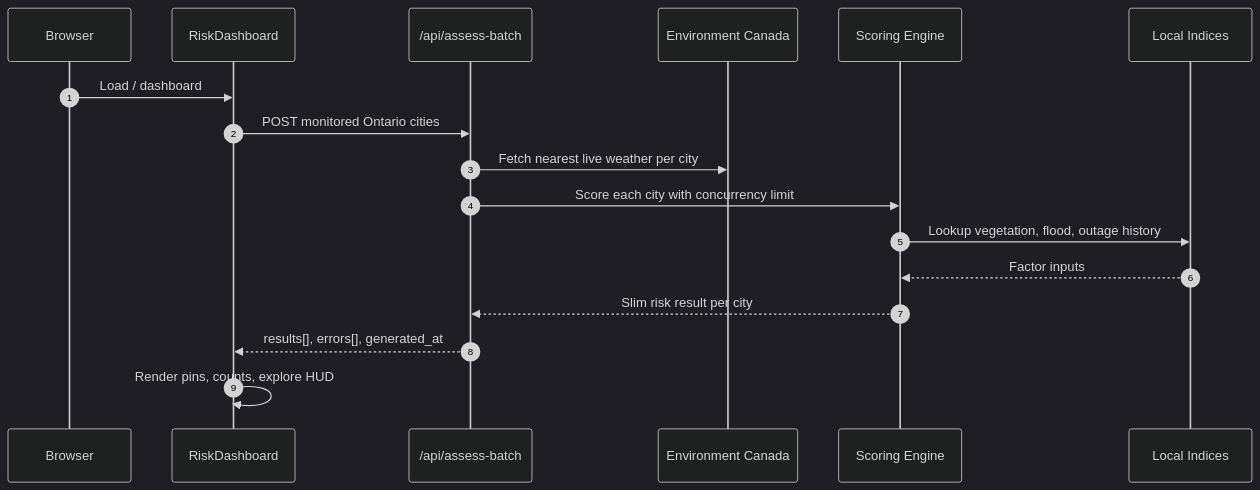
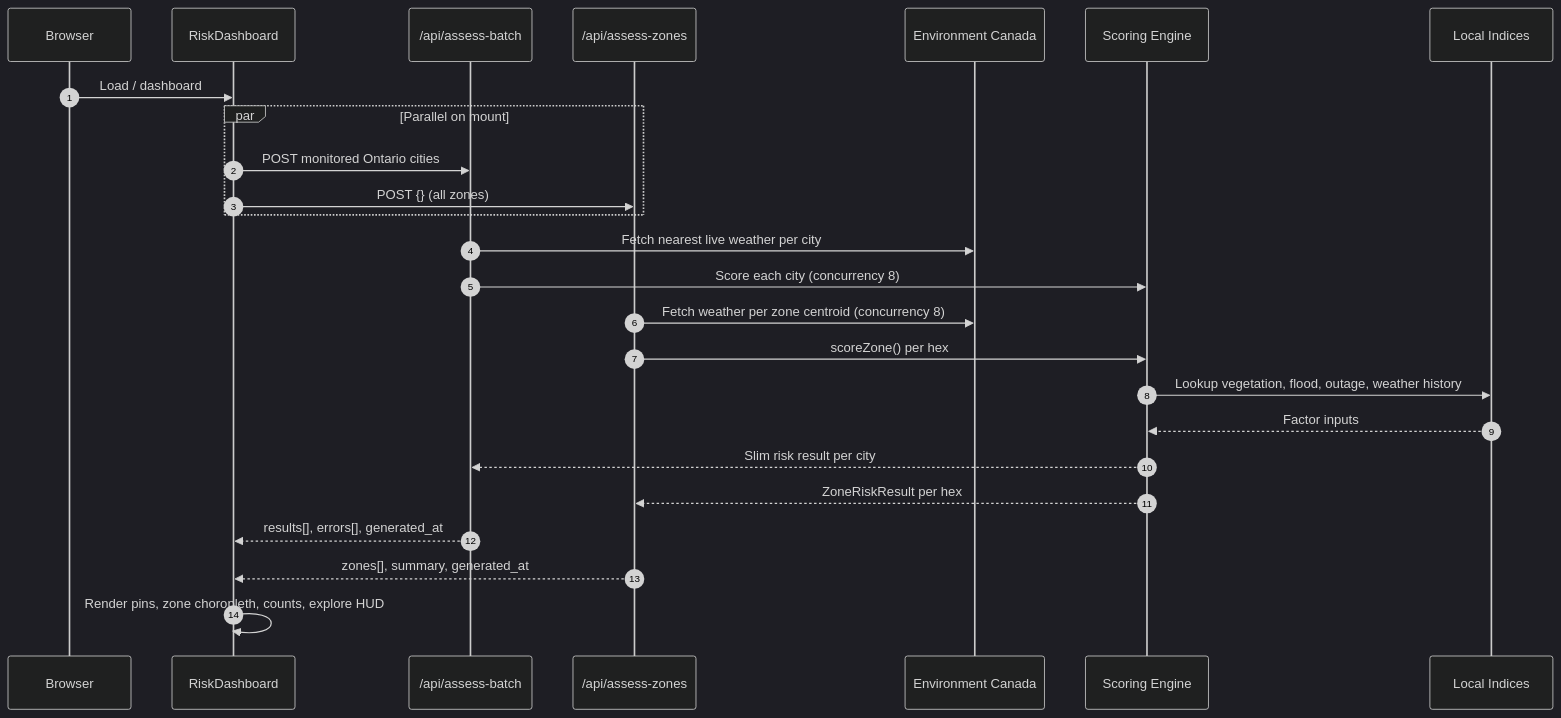
One commit to bmar1/voltex changed the second of 9 diagrams in docs/01-system-design.md. Above: the diagram before and after it, drawn with Mermaid (dark theme). The commit also changed other lines of this file and 3 other files, not shown here.

First line of the commit message:
Rebrand docs to Voltex and fix mermaid diagrams

````diff
--- a/docs/01-system-design.md
+++ b/docs/01-system-design.md
@@ -129,20 +129,28 @@
 ```mermaid
 sequenceDiagram
   autonumber
   participant B as Browser
   participant D as RiskDashboard
-  participant API as /api/assess-batch
+  participant Batch as /api/assess-batch
+  participant Zones as /api/assess-zones
   participant W as Environment Canada
   participant S as Scoring Engine
   participant L as Local Indices
 
   B->>D: Load / dashboard
-  D->>API: POST monitored Ontario cities
-  API->>W: Fetch nearest live weather per city
-  API->>S: Score each city with concurrency limit
-  S->>L: Lookup vegetation, flood, outage history
+  par Parallel on mount
+    D->>Batch: POST monitored Ontario cities
+    D->>Zones: POST {} (all zones)
+  end
+  Batch->>W: Fetch nearest live weather per city
+  Batch->>S: Score each city (concurrency 8)
+  Zones->>W: Fetch weather per zone centroid (concurrency 8)
+  Zones->>S: scoreZone() per hex
+  S->>L: Lookup vegetation, flood, outage, weather history
   L-->>S: Factor inputs
-  S-->>API: Slim risk result per city
-  API-->>D: results[], errors[], generated_at
-  D->>D: Render pins, counts, explore HUD
+  S-->>Batch: Slim risk result per city
+  S-->>Zones: ZoneRiskResult per hex
+  Batch-->>D: results[], errors[], generated_at
+  Zones-->>D: zones[], summary, generated_at
+  D->>D: Render pins, zone choropleth, counts, explore HUD
 ```
````
